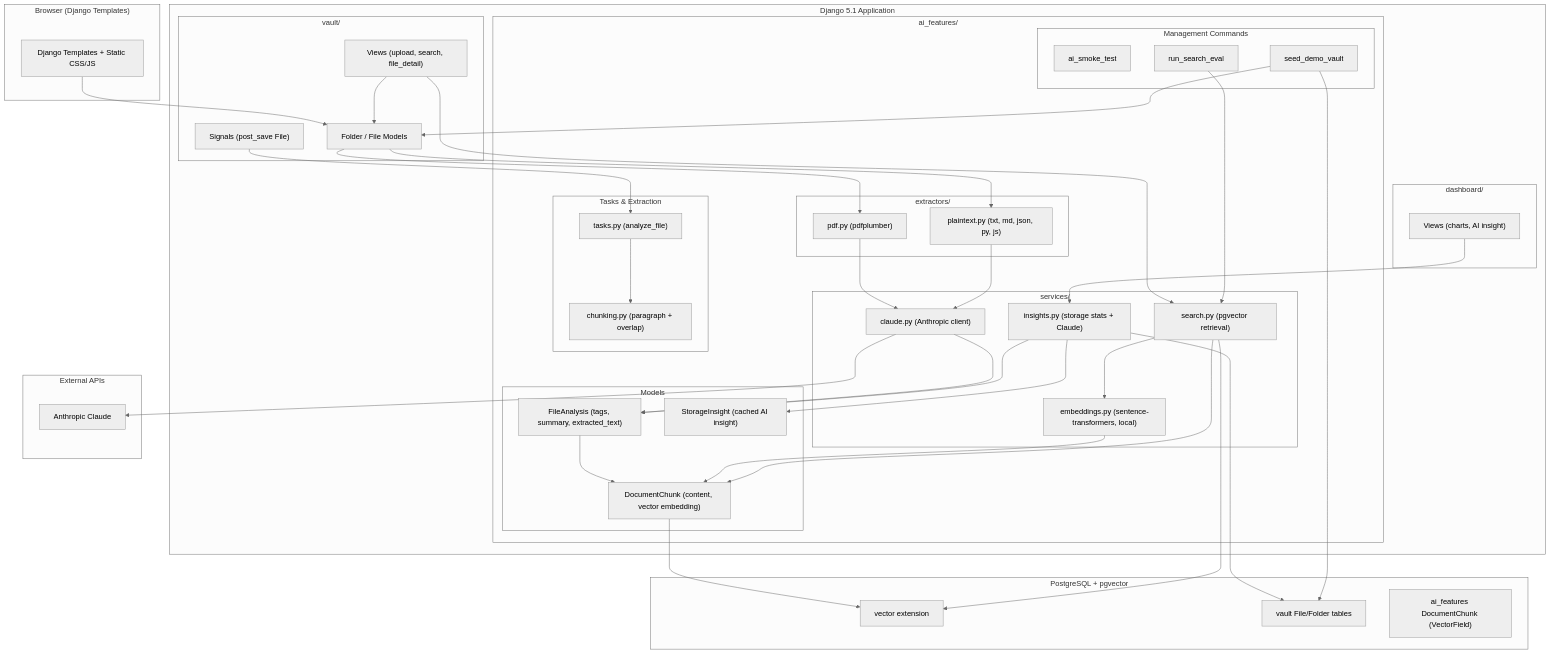
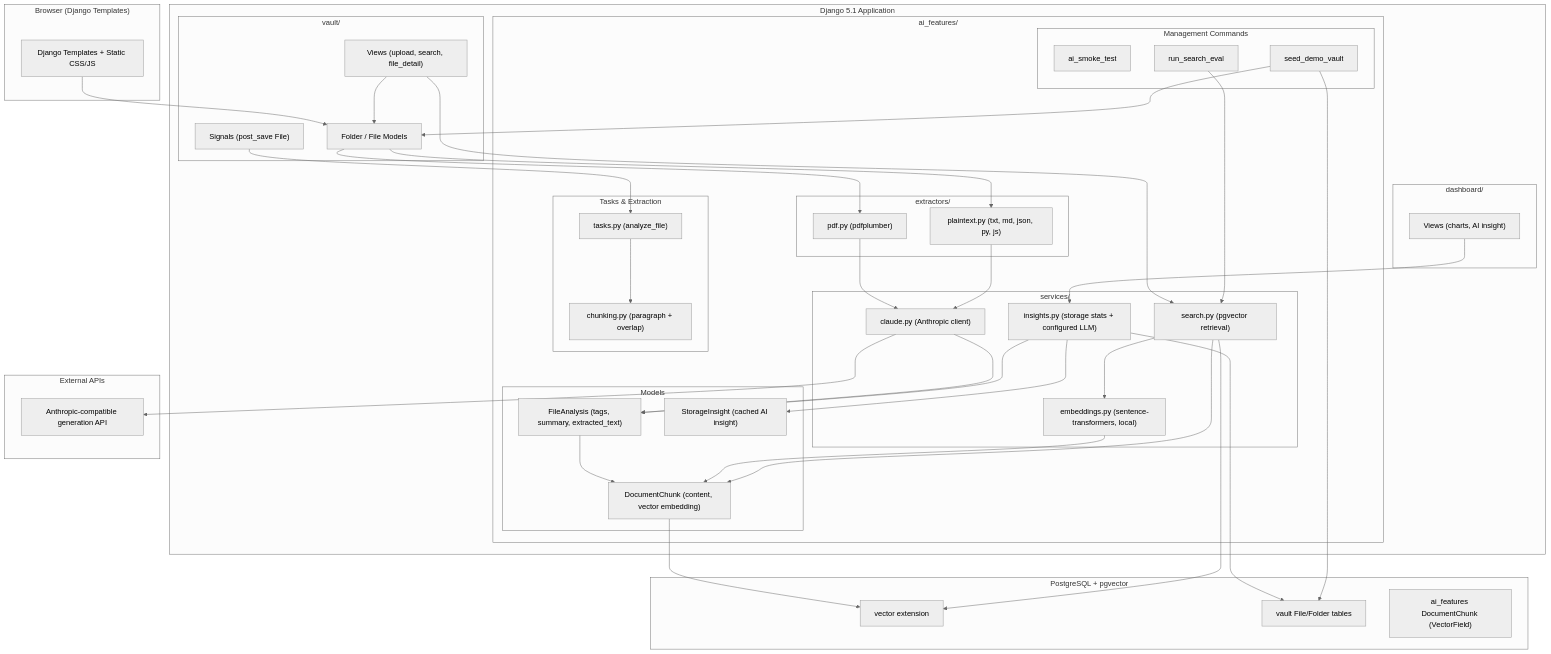
One commit to dm-mensavi/skyvault changed the diagram in docs/ARCHITECTURE.md. Above: the diagram before and after it, drawn with Mermaid (neutral theme). The commit also changed other lines of this file and 13 other files, not shown here.

```diff
--- a/docs/ARCHITECTURE.md
+++ b/docs/ARCHITECTURE.md
@@ -29,7 +29,7 @@
                 CLAUDE["claude.py (Anthropic client)"]
                 EMBED["embeddings.py (sentence-transformers, local)"]
                 SEARCH["search.py (pgvector retrieval)"]
-                INSIGHT["insights.py (storage stats + Claude)"]
+                INSIGHT["insights.py (storage stats + configured LLM)"]
             end
 
             subgraph Models["Models"]
@@ -62,7 +62,7 @@
     end
 
     subgraph External["External APIs"]
-        ANTH["Anthropic Claude"]
+        ANTH["Anthropic-compatible generation API"]
     end
 
     UI --> VF
```
